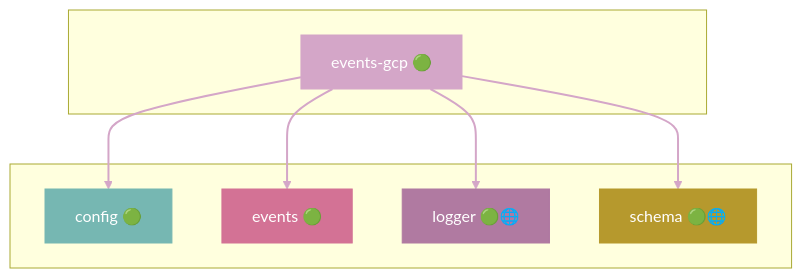
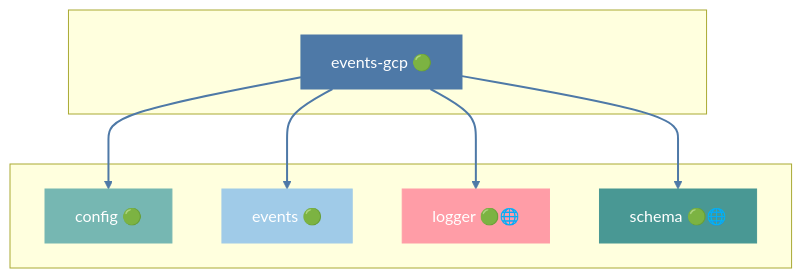
One commit to grest-ts/grest-ts changed diagram 20 of 43 in docs/DEPENDENCIES.md. Above: the diagram before and after it, drawn with Mermaid. The commit also changed other lines of this file and 14 other files, not shown here.

````diff
--- a/docs/DEPENDENCIES.md
+++ b/docs/DEPENDENCIES.md
@@ -965,25 +1007,25 @@
 ```mermaid
 flowchart TB
     subgraph Package[" "]
         events-gcp["events-gcp 🟢"]
     end
     subgraph Dependencies[" "]
         config["config 🟢"]
         events["events 🟢"]
         logger["logger 🟢🌐"]
         schema["schema 🟢🌐"]
     end
     events-gcp --> config
     events-gcp --> events
     events-gcp --> logger
     events-gcp --> schema
-    style events-gcp fill:#D4A6C8,stroke:#D4A6C8,color:#fff
+    style events-gcp fill:#4E79A7,stroke:#4E79A7,color:#fff
     style config fill:#76B7B2,stroke:#76B7B2,color:#fff
-    style events fill:#D37295,stroke:#D37295,color:#fff
-    style logger fill:#B07AA1,stroke:#B07AA1,color:#fff
-    style schema fill:#B6992D,stroke:#B6992D,color:#fff
-    linkStyle 0 stroke:#D4A6C8,stroke-width:2px
-    linkStyle 1 stroke:#D4A6C8,stroke-width:2px
-    linkStyle 2 stroke:#D4A6C8,stroke-width:2px
-    linkStyle 3 stroke:#D4A6C8,stroke-width:2px
+    style events fill:#A0CBE8,stroke:#A0CBE8,color:#fff
+    style logger fill:#FF9DA7,stroke:#FF9DA7,color:#fff
+    style schema fill:#499894,stroke:#499894,color:#fff
+    linkStyle 0 stroke:#4E79A7,stroke-width:2px
+    linkStyle 1 stroke:#4E79A7,stroke-width:2px
+    linkStyle 2 stroke:#4E79A7,stroke-width:2px
+    linkStyle 3 stroke:#4E79A7,stroke-width:2px
 ```
````
